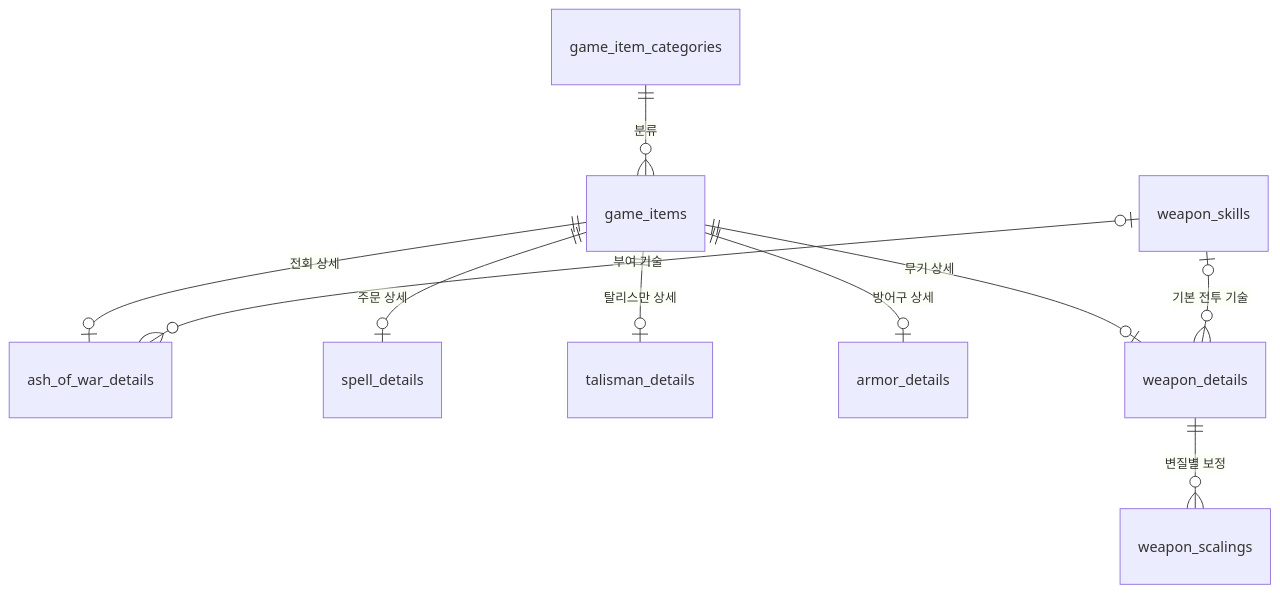
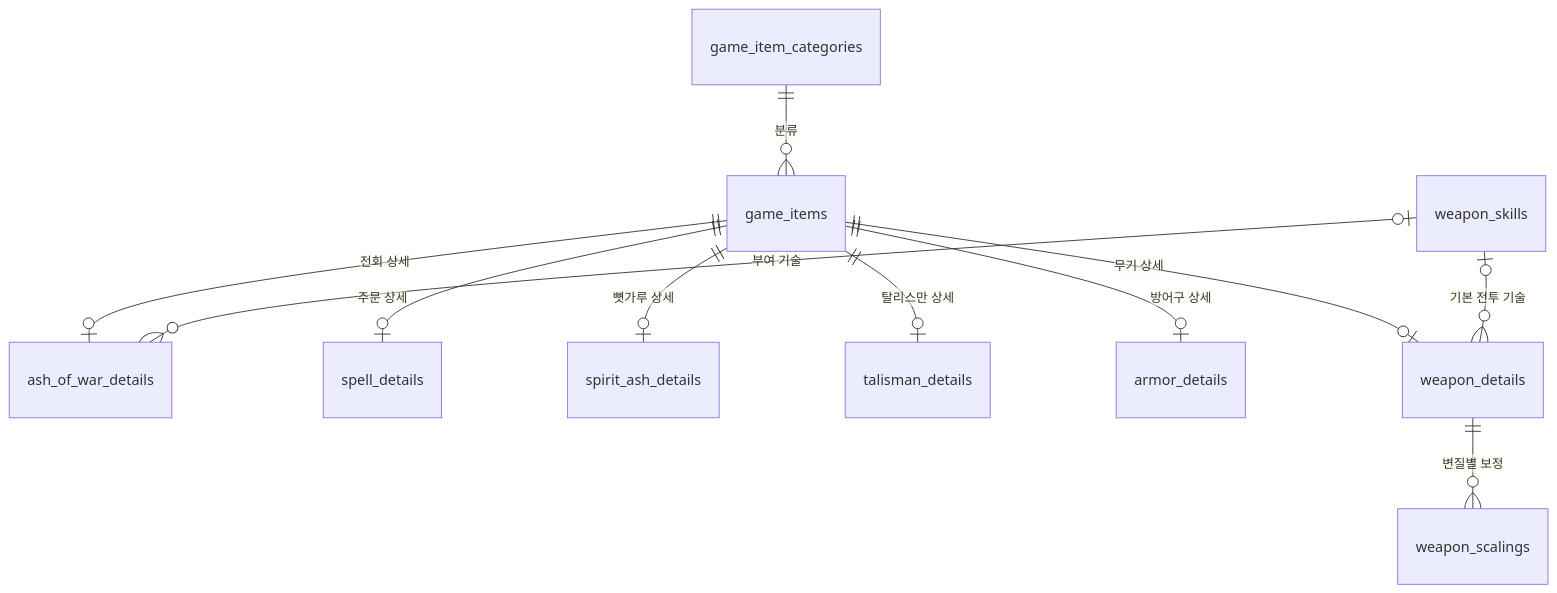
The diagram in docs/DATABASE.md (qpow1018/elden-wiki), drawn with Mermaid before and after one commit. The commit also changed other lines of this file and 10 other files, not shown here.

Commit message:
Add spirit ash categories and summon cost data

````diff
--- a/docs/DATABASE.md
+++ b/docs/DATABASE.md
@@ -75,12 +75,13 @@
 ```mermaid
 erDiagram
   game_item_categories ||--o{ game_items : "분류"
   game_items ||--o| ash_of_war_details : "전회 상세"
   weapon_skills o|--o{ ash_of_war_details : "부여 기술"
   game_items ||--o| spell_details : "주문 상세"
+  game_items ||--o| spirit_ash_details : "뼛가루 상세"
   game_items ||--o| talisman_details : "탈리스만 상세"
   game_items ||--o| armor_details : "방어구 상세"
   game_items ||--o| weapon_details : "무기 상세"
   weapon_skills o|--o{ weapon_details : "기본 전투 기술"
   weapon_details ||--o{ weapon_scalings : "변질별 보정"
 ```
````
